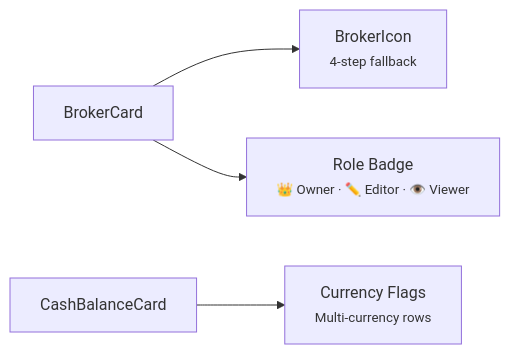
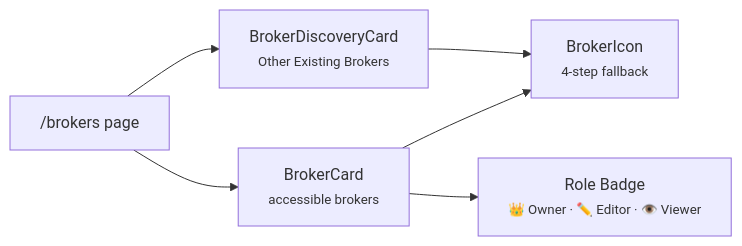
The diagram in mkdocs_src/docs/developer/frontend/components/features/brokers/cards.md (Librefolio/LibreFolio), drawn with Mermaid before and after one commit. The commit also changed other lines of this file and 86 other files, not shown here.

````diff
--- a/mkdocs_src/docs/developer/frontend/components/features/brokers/cards.md
+++ b/mkdocs_src/docs/developer/frontend/components/features/brokers/cards.md
@@ -5,6 +7,8 @@
 ```mermaid
 graph LR
-    BC["BrokerCard"] --> BI["BrokerIcon<br/><small>4-step fallback</small>"]
+    Page["/brokers page"] --> BC["BrokerCard<br/><small>accessible brokers</small>"]
+    Page --> BDC["BrokerDiscoveryCard<br/><small>Other Existing Brokers</small>"]
+    BC --> BI["BrokerIcon<br/><small>4-step fallback</small>"]
     BC --> RB["Role Badge<br/><small>👑 Owner · ✏️ Editor · 👁️ Viewer</small>"]
-    CBC["CashBalanceCard"] --> CF["Currency Flags<br/><small>Multi-currency rows</small>"]
+    BDC --> BI
 ```
````
